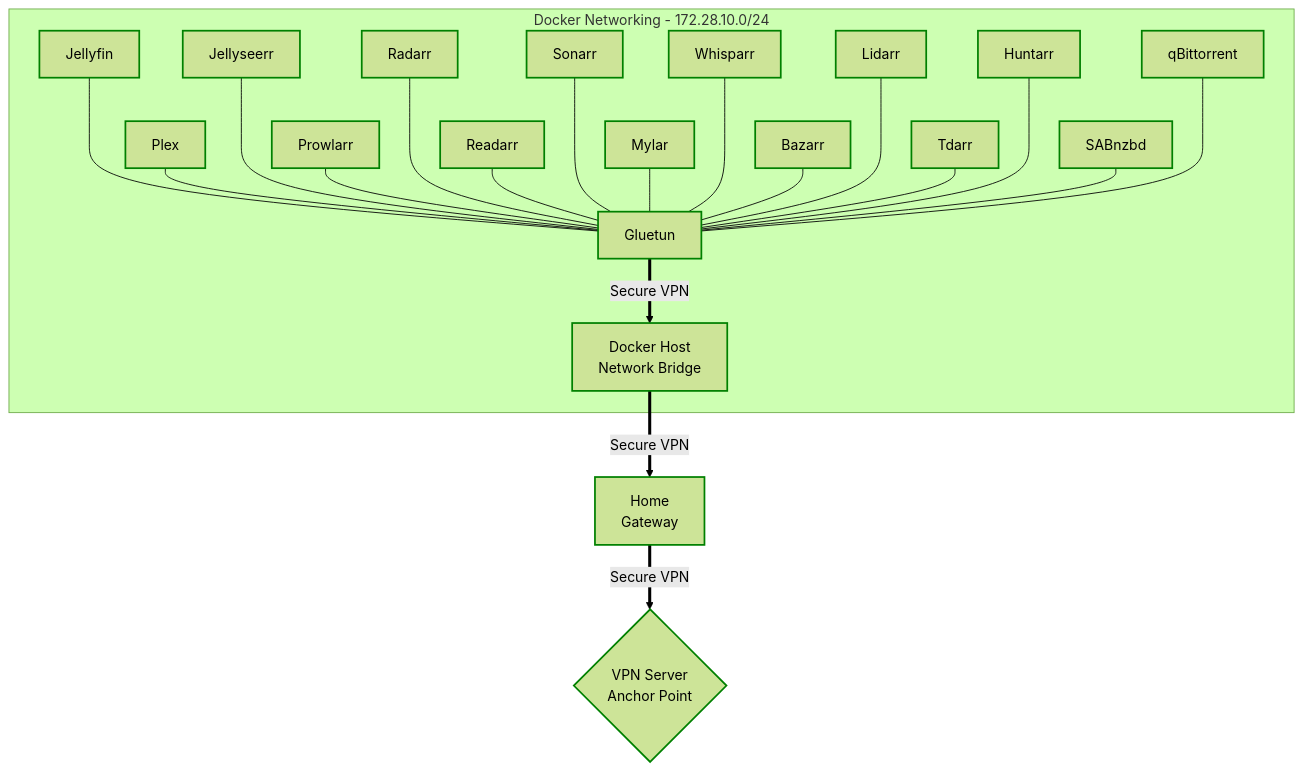
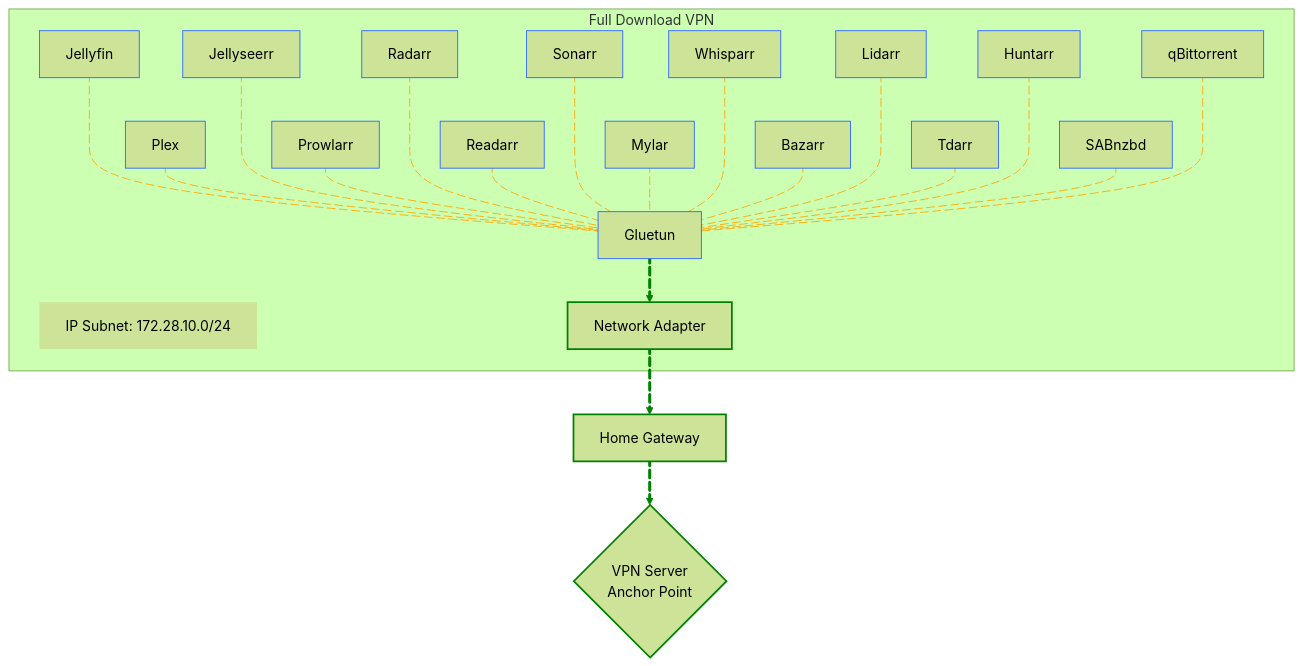
One commit to avnit/mediastack changed the first of 6 diagrams in base-working-files/README.md. Above: the diagram before and after it, drawn with Mermaid (forest theme). The commit also changed other lines of this file and 4 other files, not shown here.

Commit message:
Update network architecture diagrams

````diff
--- a/base-working-files/README.md
+++ b/base-working-files/README.md
@@ -118,44 +118,103 @@
 ``` mermaid
-graph TD
-    subgraph DockerNet[<center>Docker Networking - 172.28.10.0/24</center>]
-        Jellyfin ---- Gluetun
-        Plex --- Gluetun
-        Jellyseerr ---- Gluetun
-        Prowlarr --- Gluetun
-        Radarr ---- Gluetun
-        Readarr --- Gluetun
-        Sonarr ---- Gluetun
-        Mylar --- Gluetun
-        Whisparr ---- Gluetun
-        Bazarr --- Gluetun
-        Lidarr ---- Gluetun
-        Tdarr --- Gluetun
-        Huntarr ---- Gluetun
-        SABnzbd --- Gluetun
-        qBittorrent ---- Gluetun
-        NIC[Docker Host</br>Network Bridge]
-    end
-    Gluetun ==>| Secure VPN | NIC
-    NIC ==>| Secure VPN | Gateway[<center>Home</br>Gateway</center>]
-    Gateway ==>|Secure VPN |VPN{<center>VPN Server</br>Anchor Point</center>}
-    
-    style Bazarr      stroke:green,stroke-width:2px
-    style Lidarr      stroke:green,stroke-width:2px
-    style Mylar      stroke:green,stroke-width:2px
-    style Prowlarr    stroke:green,stroke-width:2px
-    style Radarr      stroke:green,stroke-width:2px
-    style Readarr     stroke:green,stroke-width:2px
-    style Sonarr      stroke:green,stroke-width:2px
-    style Tdarr       stroke:green,stroke-width:2px
-    style Whisparr    stroke:green,stroke-width:2px
-    style Jellyfin    stroke:green,stroke-width:2px
-    style Plex        stroke:green,stroke-width:2px
-    style qBittorrent stroke:green,stroke-width:2px
-    style Jellyseerr  stroke:green,stroke-width:2px
-    style Huntarr     stroke:green,stroke-width:2px
-    style SABnzbd     stroke:green,stroke-width:2px
-    style Gluetun     stroke:green,stroke-width:2px
-    style NIC         stroke:green,stroke-width:2px
-    style Gateway     stroke:green,stroke-width:2px
-    style VPN         stroke:green,stroke-width:2px
+flowchart TD
+  subgraph DockerNet["Full Download VPN"]
+    Gluetun
+    Jellyfin
+    Plex
+    Jellyseerr
+    Prowlarr
+    Radarr
+    Readarr
+    Sonarr
+    Mylar
+    Whisparr
+    Bazarr
+    Lidarr
+    Tdarr
+    Huntarr
+    SABnzbd
+    qBittorrent
+    Label@{ label: "<div style=\"color:\"><span style=\"color:\">IP Subnet: 172.28.10.0/24</span></div>" }
+    NIC["Network Adapter"]
+  end
+
+  Jellyfin     Jellyfin_Gluetun@    ---- Gluetun
+  Plex         Plex_Gluetun@        ---  Gluetun
+  Jellyseerr   Jellyseerr_Gluetun@  ---- Gluetun
+  Prowlarr     Prowlarr_Gluetun@    ---  Gluetun
+  Radarr       Radarr_Gluetun@      ---- Gluetun
+  Readarr      Readarr_Gluetun@     ---  Gluetun
+  Sonarr       Sonarr_Gluetun@      ---- Gluetun
+  Mylar        Mylar_Gluetun@       ---  Gluetun
+  Whisparr     Whisparr_Gluetun@    ---- Gluetun
+  Bazarr       Bazarr_Gluetun@      ---  Gluetun
+  Lidarr       Lidarr_Gluetun@      ---- Gluetun
+  Tdarr        Tdarr_Gluetun@       ---  Gluetun
+  Huntarr      Huntarr_Gluetun@     ---- Gluetun
+  SABnzbd      SABnzbd_Gluetun@     ---  Gluetun
+  qBittorrent  qBittorrent_Gluetun@ ---- Gluetun
+  Gluetun      Gluetun_NIC@         ==> NIC
+  NIC          NIC_Gateway@         ==> Gateway
+  Gateway      Gateway_VPN@         ==> VPN
+  Gateway["Home Gateway"]
+  VPN{"VPN Server<br>Anchor Point"}
+
+  style Gluetun      stroke:#2962FF
+  style Jellyfin     stroke:#2962FF
+  style Plex         stroke:#2962FF
+  style Jellyseerr   stroke:#2962FF
+  style Prowlarr     stroke:#2962FF
+  style Radarr       stroke:#2962FF
+  style Readarr      stroke:#2962FF
+  style Sonarr       stroke:#2962FF
+  style Mylar        stroke:#2962FF
+  style Whisparr     stroke:#2962FF
+  style Bazarr       stroke:#2962FF
+  style Lidarr       stroke:#2962FF
+  style Tdarr        stroke:#2962FF
+  style Huntarr      stroke:#2962FF
+  style SABnzbd      stroke:#2962FF
+  style qBittorrent  stroke:#2962FF
+  style Label        stroke:none
+  style NIC          stroke:green,    stroke-width:2px
+  style Gateway      stroke:green,    stroke-width:2px
+  style VPN          stroke:green,    stroke-width:2px
+
+  linkStyle 0        stroke:orange
+  linkStyle 1        stroke:orange
+  linkStyle 2        stroke:orange
+  linkStyle 3        stroke:orange
+  linkStyle 4        stroke:orange
+  linkStyle 5        stroke:orange
+  linkStyle 6        stroke:orange
+  linkStyle 7        stroke:orange
+  linkStyle 8        stroke:orange
+  linkStyle 9        stroke:orange
+  linkStyle 10       stroke:orange
+  linkStyle 11       stroke:orange
+  linkStyle 12       stroke:orange
+  linkStyle 13       stroke:orange
+  linkStyle 14       stroke:orange
+  linkStyle 15       stroke:green
+  linkStyle 16       stroke:green
+  linkStyle 17       stroke:green
+
+  Jellyfin_Gluetun@{     animation: fast }
+  Plex_Gluetun@{         animation: fast }
+  Jellyseerr_Gluetun@{   animation: fast }
+  Prowlarr_Gluetun@{     animation: fast }
+  Radarr_Gluetun@{       animation: fast }
+  Readarr_Gluetun@{      animation: fast }
+  Sonarr_Gluetun@{       animation: fast }
+  Mylar_Gluetun@{        animation: fast }
+  Whisparr_Gluetun@{     animation: fast }
+  Bazarr_Gluetun@{       animation: fast }
+  Lidarr_Gluetun@{       animation: fast }
+  Tdarr_Gluetun@{        animation: fast }
+  Huntarr_Gluetun@{      animation: fast }
+  SABnzbd_Gluetun@{      animation: fast }
+  qBittorrent_Gluetun@{  animation: fast }
+  Gluetun_NIC@{          animation: slow }
+  NIC_Gateway@{          animation: slow }
+  Gateway_VPN@{          animation: slow }
 ```
````
